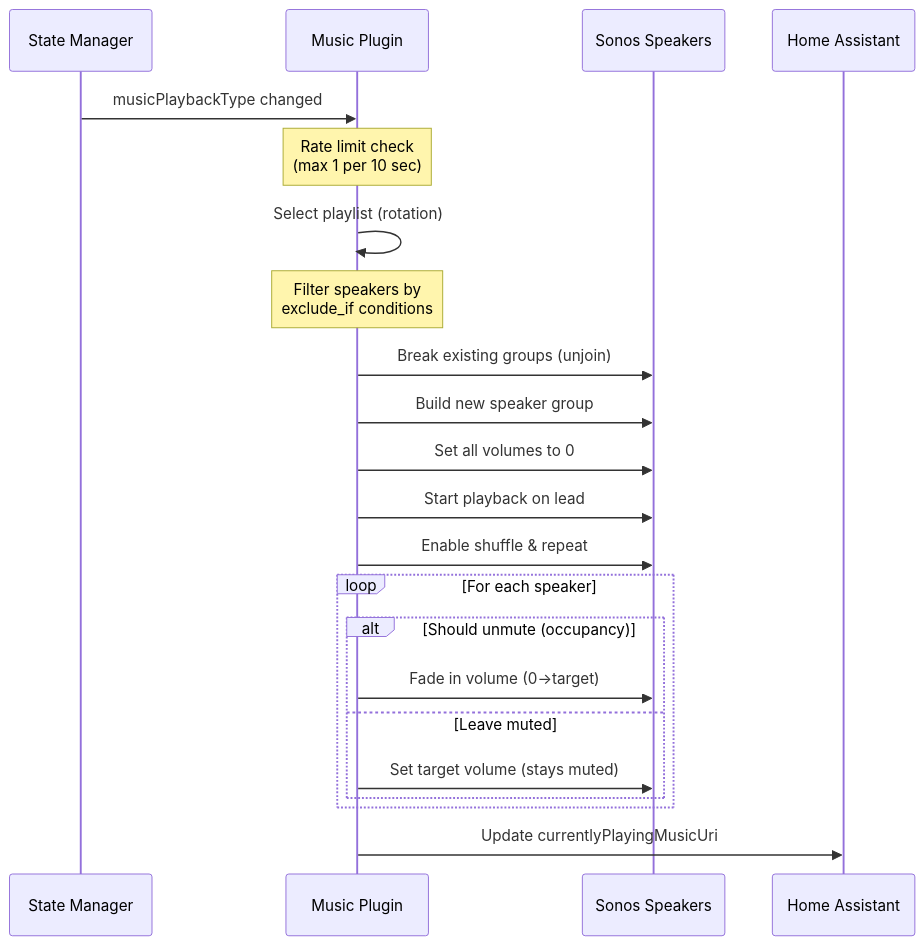
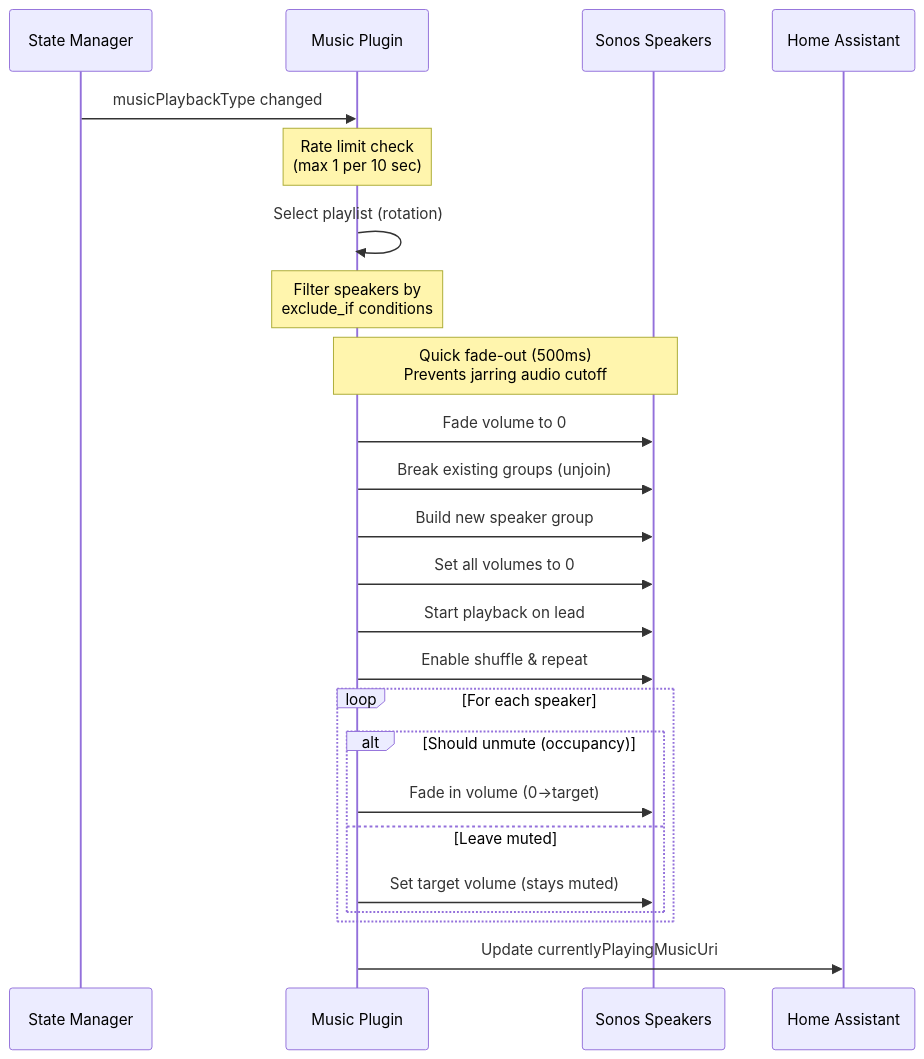
Before and after one commit to NickBorgers/home-automation: the third of 6 diagrams in docs/flows/MUSIC_PLAYBACK.md, drawn with Mermaid. The commit also changed other lines of this file, not shown here.

First line of the commit message:
docs: Document quick fade-out on music transitions

````diff
--- a/docs/flows/MUSIC_PLAYBACK.md
+++ b/docs/flows/MUSIC_PLAYBACK.md
@@ -117,32 +117,35 @@
 ```mermaid
 sequenceDiagram
     participant SM as State Manager
     participant Music as Music Plugin
     participant Sonos as Sonos Speakers
     participant HA as Home Assistant
 
     SM->>Music: musicPlaybackType changed
 
     Note over Music: Rate limit check<br/>(max 1 per 10 sec)
 
     Music->>Music: Select playlist (rotation)
 
     Note over Music: Filter speakers by<br/>exclude_if conditions
+
+    Note over Music,Sonos: Quick fade-out (500ms)<br/>Prevents jarring audio cutoff
+    Music->>Sonos: Fade volume to 0
 
     Music->>Sonos: Break existing groups (unjoin)
     Music->>Sonos: Build new speaker group
 
     Music->>Sonos: Set all volumes to 0
     Music->>Sonos: Start playback on lead
     Music->>Sonos: Enable shuffle & repeat
 
     loop For each speaker
         alt Should unmute (occupancy)
             Music->>Sonos: Fade in volume (0→target)
         else Leave muted
             Music->>Sonos: Set target volume (stays muted)
         end
     end
 
     Music->>HA: Update currentlyPlayingMusicUri
 ```
````
